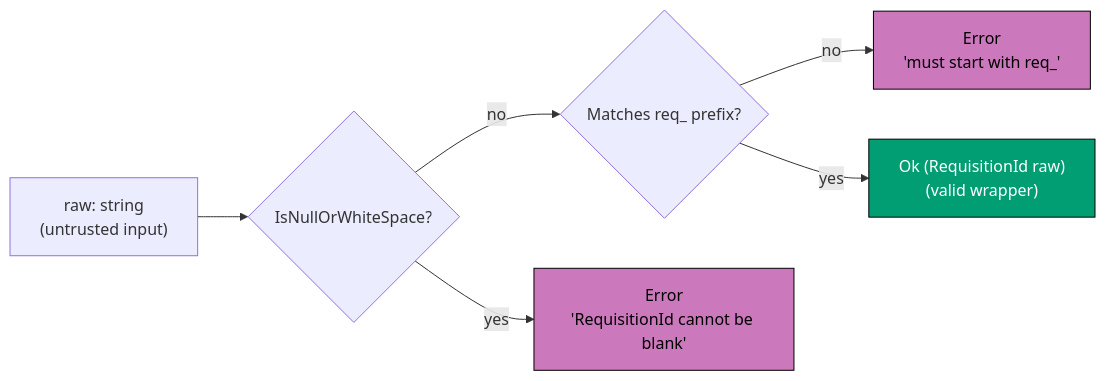
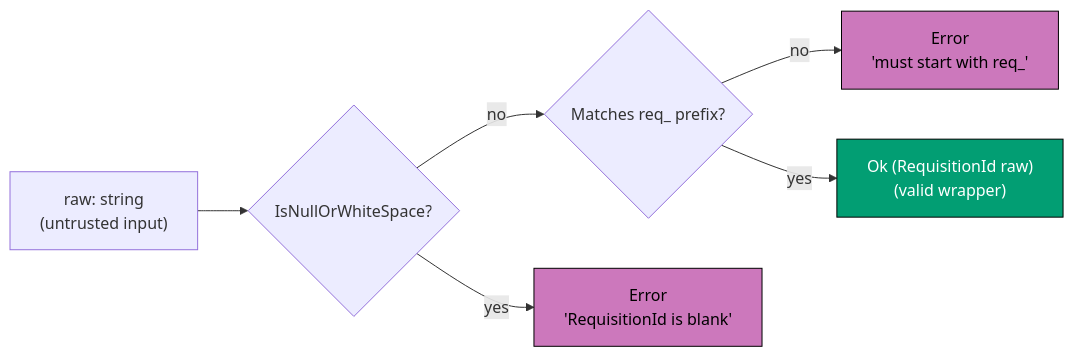
One commit to wahidyankf/open-sharia-enterprise changed the fourth of 8 diagrams in apps/ayokoding-web/content/en/learn/software-engineering/software-architecture/domain-driven-design-ddd/in-fp-by-example/beginner.md. Above: the diagram before and after it, drawn with Mermaid. The commit also changed 11 other files, not shown here.

First line of the commit message:
fix(ayokoding-web): repair 28 mermaid violations in expansion files

````diff
--- a/apps/ayokoding-web/content/en/learn/software-engineering/software-architecture/domain-driven-design-ddd/in-fp-by-example/beginner.md
+++ b/apps/ayokoding-web/content/en/learn/software-engineering/software-architecture/domain-driven-design-ddd/in-fp-by-example/beginner.md
@@ -1312,19 +1312,19 @@
 ```mermaid
 graph LR
     Raw["raw: string\n(untrusted input)"]
     Check1{"IsNullOrWhiteSpace?"}
     Check2{"Matches req_ prefix?"}
     Ok["Ok (RequisitionId raw)\n(valid wrapper)"]
-    Err1["Error\n'RequisitionId cannot be blank'"]
+    Err1["Error\n'RequisitionId is blank'"]
     Err2["Error\n'must start with req_'"]
 
     Raw --> Check1
     Check1 -- "yes" --> Err1
     Check1 -- "no" --> Check2
     Check2 -- "no" --> Err2
     Check2 -- "yes" --> Ok
 
     style Ok fill:#029E73,stroke:#000,color:#fff
     style Err1 fill:#CC78BC,stroke:#000,color:#000
     style Err2 fill:#CC78BC,stroke:#000,color:#000
 ```
````
